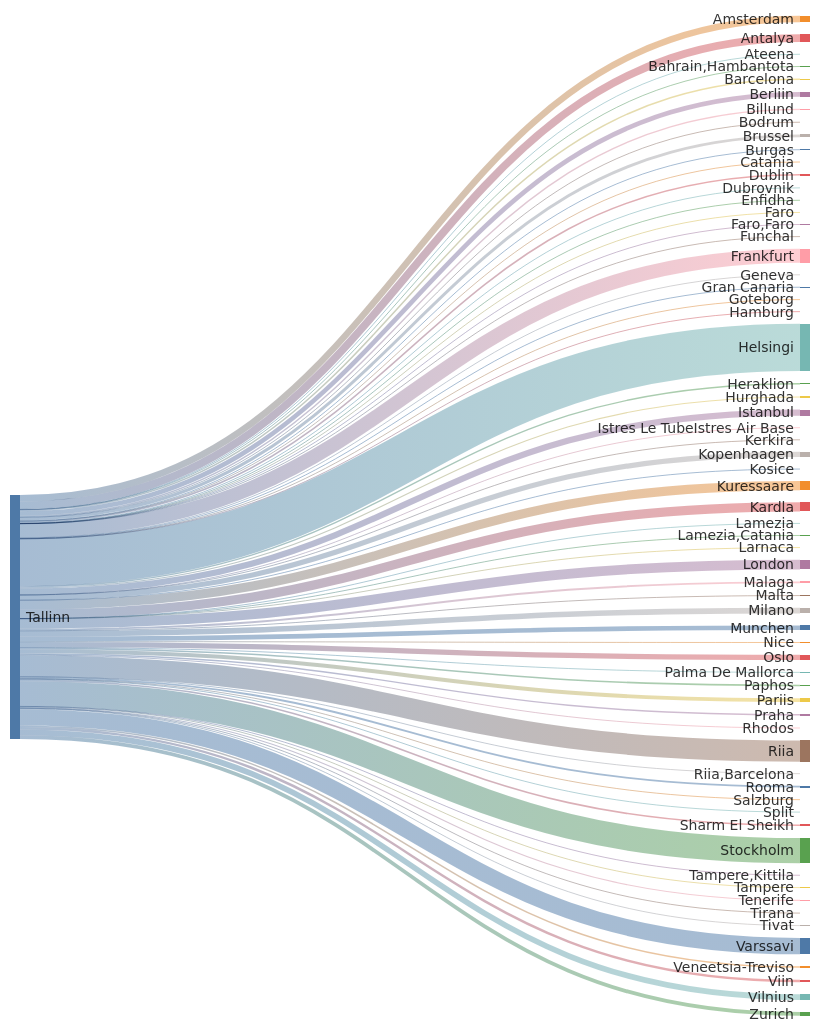
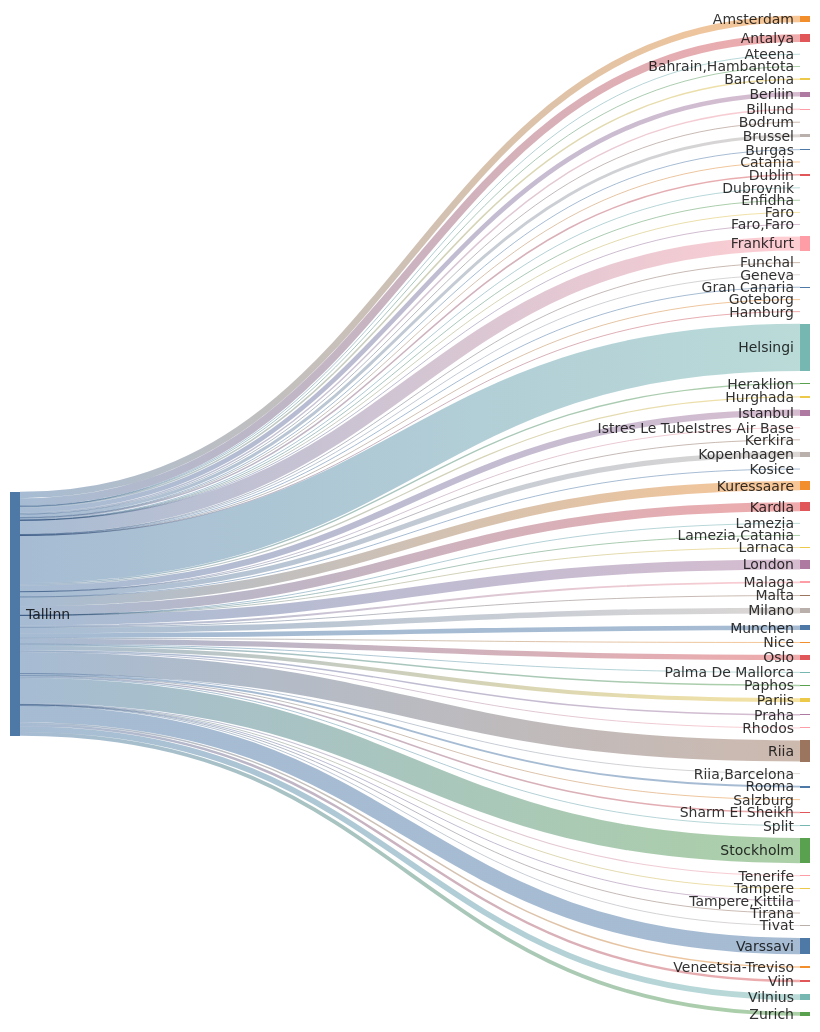
Before and after one commit to rainermesi/tll-airport-departures: the second of 2 diagrams in README.md, drawn with Mermaid. The commit also changed other lines of this file, not shown here.

````diff
--- a/README.md
+++ b/README.md
@@ -34,77 +34,77 @@
 ```mermaid
 ---
 config:
   sankey:
     showValues: false
     width: 800
     height: 1000
 ---
 sankey-beta
 %% source,target,value
-Tallinn,Amsterdam,223
+Tallinn,Amsterdam,224
 Tallinn,Antalya,264
 Tallinn,Ateena,16
 Tallinn,"Bahrain,Hambantota",1
 Tallinn,Barcelona,51
-Tallinn,Berliin,159
+Tallinn,Berliin,160
 Tallinn,Billund,49
 Tallinn,Bodrum,11
 Tallinn,Brussel,103
 Tallinn,Burgas,21
 Tallinn,Catania,2
-Tallinn,Dublin,52
+Tallinn,Dublin,53
 Tallinn,Dubrovnik,21
 Tallinn,Enfidha,7
 Tallinn,Faro,4
 Tallinn,"Faro,Faro",1
-Tallinn,Frankfurt,483
+Tallinn,Frankfurt,485
 Tallinn,Funchal,5
-Tallinn,Geneva,5
+Tallinn,Geneva,6
 Tallinn,Gran Canaria,25
 Tallinn,Goteborg,1
 Tallinn,Hamburg,1
-Tallinn,Helsingi,1630
+Tallinn,Helsingi,1636
 Tallinn,Heraklion,46
-Tallinn,Hurghada,38
-Tallinn,Istanbul,212
+Tallinn,Hurghada,40
+Tallinn,Istanbul,213
 Tallinn,Istres Le TubeIstres Air Base,2
 Tallinn,Kerkira,4
 Tallinn,Kopenhaagen,178
 Tallinn,Kosice,1
-Tallinn,Kuressaare,315
-Tallinn,Kardla,315
+Tallinn,Kuressaare,316
+Tallinn,Kardla,316
 Tallinn,Lamezia,1
 Tallinn,"Lamezia,Catania",3
 Tallinn,Larnaca,4
-Tallinn,London,337
+Tallinn,London,339
 Tallinn,Malaga,66
 Tallinn,Malta,15
-Tallinn,Milano,194
-Tallinn,Munchen,161
+Tallinn,Milano,195
+Tallinn,Munchen,162
 Tallinn,Nice,25
 Tallinn,Oslo,181
 Tallinn,Palma De Mallorca,19
 Tallinn,Paphos,52
 Tallinn,Pariis,135
 Tallinn,Praha,49
 Tallinn,Rhodos,32
-Tallinn,Riia,728
+Tallinn,Riia,732
 Tallinn,"Riia,Barcelona",1
 Tallinn,Rooma,65
-Tallinn,Salzburg,6
+Tallinn,Salzburg,7
 Tallinn,Sharm El Sheikh,54
 Tallinn,Split,25
-Tallinn,Stockholm,864
+Tallinn,Stockholm,867
 Tallinn,Tampere,17
-Tallinn,"Tampere,Kittila",6
+Tallinn,"Tampere,Kittila",7
 Tallinn,Tenerife,39
 Tallinn,Tirana,8
 Tallinn,Tivat,26
-Tallinn,Varssavi,562
+Tallinn,Varssavi,565
 Tallinn,Veneetsia-Treviso,53
-Tallinn,Viin,84
+Tallinn,Viin,85
 Tallinn,Vilnius,197
-Tallinn,Zurich,131
+Tallinn,Zurich,132
 
 
 ```
````
